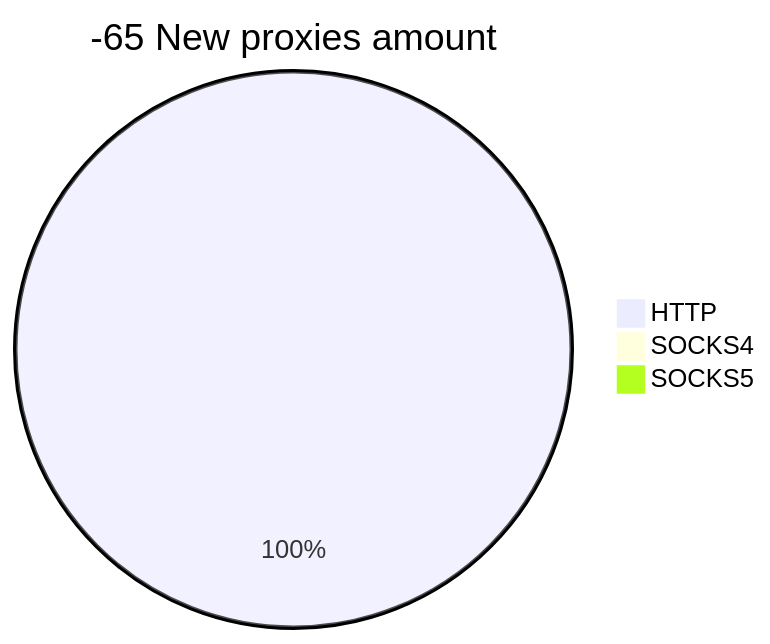
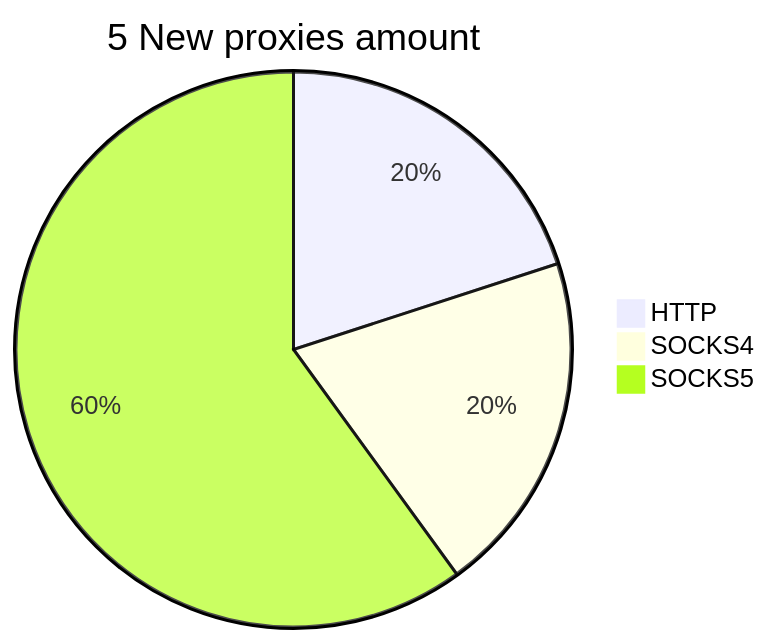
One commit to cutipu/proxylist changed the second of 2 diagrams in README.md. Above: the diagram before and after it, drawn with Mermaid. The commit also changed other lines of this file, not shown here.

````diff
--- a/README.md
+++ b/README.md
@@ -10,6 +10,6 @@
 ```mermaid
-pie title -65 New proxies amount
-    "HTTP" : 2
-    "SOCKS4" : 0
-    "SOCKS5" : 0
+pie title 5 New proxies amount
+    "HTTP" : 1
+    "SOCKS4" : 1
+    "SOCKS5" : 3
 ```
````
